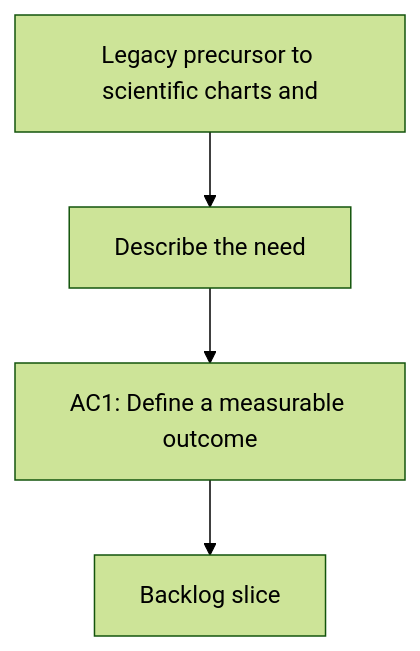
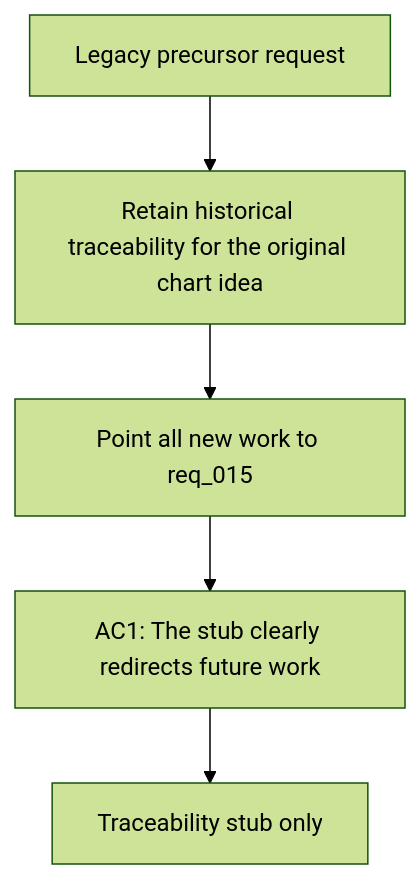
One commit to Jilanos/Coach_garmin changed the diagram in logics/request/req_014_scientific_dashboard_charts_and_sport_specific_volume_filtering.md. Above: the diagram before and after it, drawn with Mermaid (forest theme). The commit also changed other lines of this file and 15 other files, not shown here.

````diff
--- a/logics/request/req_014_scientific_dashboard_charts_and_sport_specific_volume_filtering.md
+++ b/logics/request/req_014_scientific_dashboard_charts_and_sport_specific_volume_filtering.md
@@ -23,8 +24,9 @@
 ```mermaid
 %% logics-kind: request
 %% logics-signature: request|legacy-precursor-to-scientific-charts-an|describe-the-need|ac1-define-a-measurable-outcome
 flowchart TD
-    Trigger[Legacy precursor to scientific charts and] --> Need[Describe the need]
-    Need --> Outcome[AC1: Define a measurable outcome]
-    Outcome --> Backlog[Backlog slice]
+    Trigger[Legacy precursor request] --> Need[Retain historical traceability for the original chart idea]
+    Need --> Superseded[Point all new work to req_015]
+    Superseded --> Outcome[AC1: The stub clearly redirects future work]
+    Outcome --> Archive[Traceability stub only]
 ```
````
